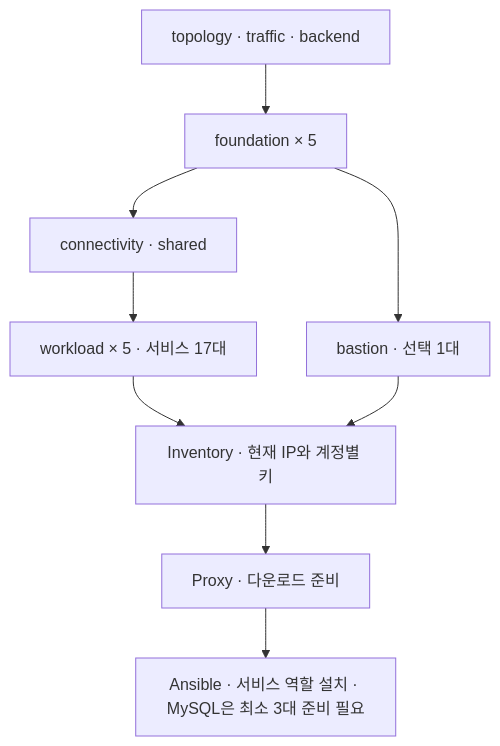
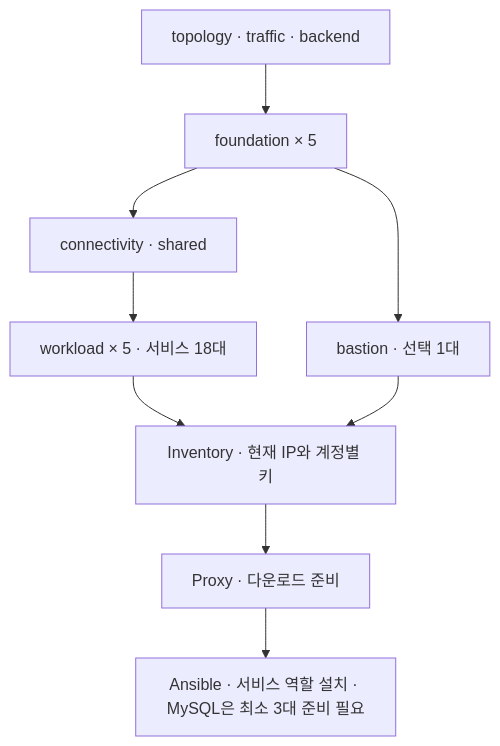
One commit to encore-ai-campus/mlo-01-p3-team2 changed the diagram in aws-infra/README.md. Above: the diagram before and after it, drawn with Mermaid. The commit also changed other lines of this file and 144 other files, not shown here.

````diff
--- a/aws-infra/README.md
+++ b/aws-infra/README.md
@@ -58,11 +59,11 @@
 ```mermaid
 flowchart TB
     CONFIG["topology · traffic · backend"] --> F["foundation × 5"]
     F --> C["connectivity · shared"]
-    C --> W["workload × 5 · 서비스 17대"]
+    C --> W["workload × 5 · 서비스 18대"]
     F --> B["bastion · 선택 1대"]
     W --> I["Inventory · 현재 IP와 계정별 키"]
     B --> I
     I --> P["Proxy · 다운로드 준비"]
     P --> A["Ansible · 서비스 역할 설치 · MySQL은 최소 3대 준비 필요"]
 ```
````
